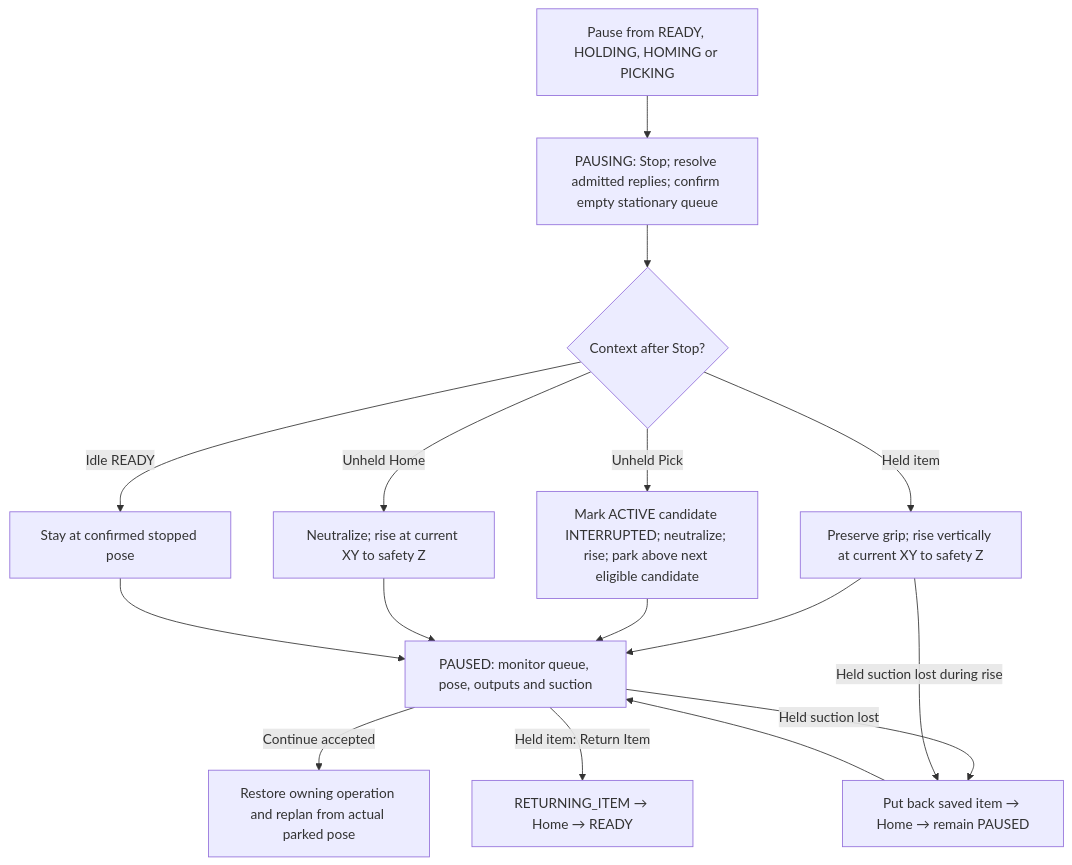
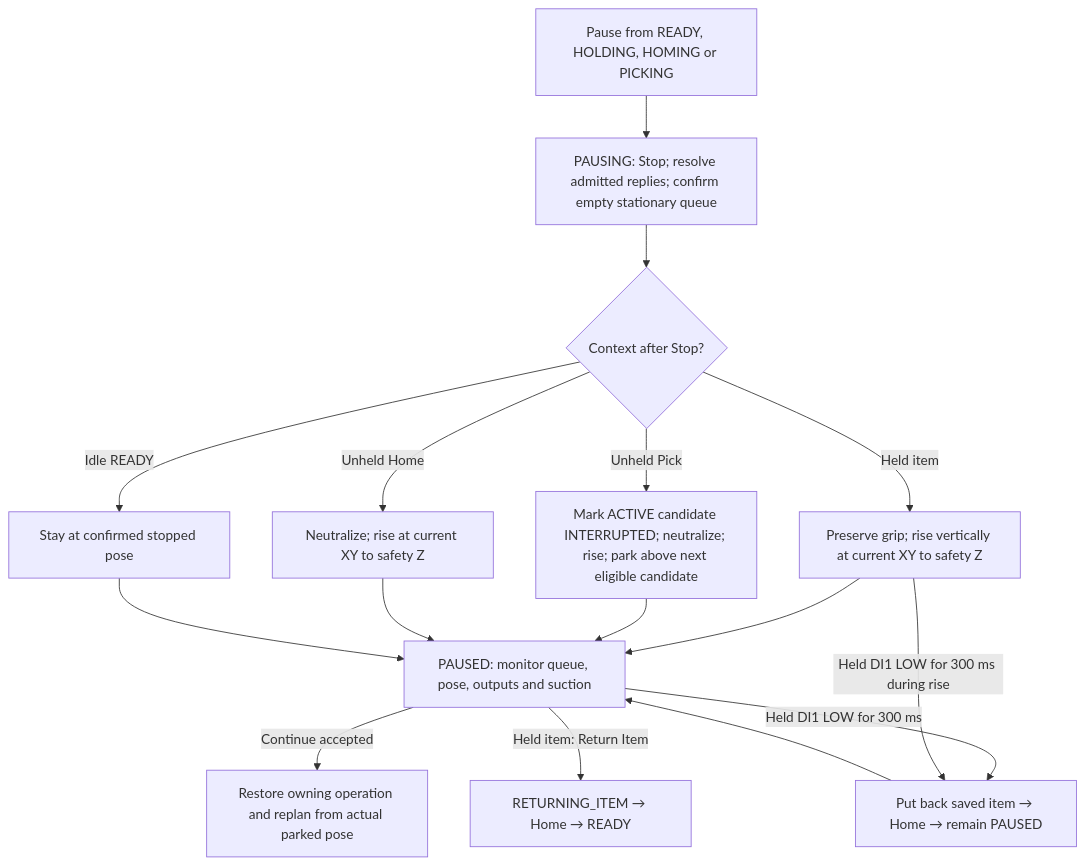
Before and after one commit to esgange/dobot_picknplace_yolo: the seventh of 9 diagrams in docs/ROBOT_CONTROLLER_FSM.md, drawn with Mermaid. The commit also changed other lines of this file and 14 other files, not shown here.

Commit message:
Increase held suction loss debounce to 300 ms

````diff
--- a/docs/ROBOT_CONTROLLER_FSM.md
+++ b/docs/ROBOT_CONTROLLER_FSM.md
@@ -885,18 +894,18 @@
 ```mermaid
 flowchart TD
     Pause["Pause from READY, HOLDING, HOMING or PICKING"] --> Pausing["PAUSING: Stop; resolve admitted replies; confirm empty stationary queue"]
     Pausing --> Context{"Context after Stop?"}
     Context -->|Held item| Rise["Preserve grip; rise vertically at current XY to safety Z"]
     Context -->|Unheld Pick| Transit["Mark ACTIVE candidate INTERRUPTED; neutralize; rise; park above next eligible candidate"]
     Context -->|Unheld Home| HomePark["Neutralize; rise at current XY to safety Z"]
     Context -->|Idle READY| Stay["Stay at confirmed stopped pose"]
     Rise --> Paused["PAUSED: monitor queue, pose, outputs and suction"]
     Transit --> Paused
     HomePark --> Paused
     Stay --> Paused
     Paused -->|Continue accepted| Resume["Restore owning operation and replan from actual parked pose"]
     Paused -->|Held item: Return Item| Return["RETURNING_ITEM → Home → READY"]
-    Paused -->|Held suction lost| Drop["Put back saved item → Home → remain PAUSED"]
-    Rise -->|Held suction lost during rise| Drop
+    Paused -->|Held DI1 LOW for 300 ms| Drop["Put back saved item → Home → remain PAUSED"]
+    Rise -->|Held DI1 LOW for 300 ms during rise| Drop
     Drop --> Paused
 ```
````
